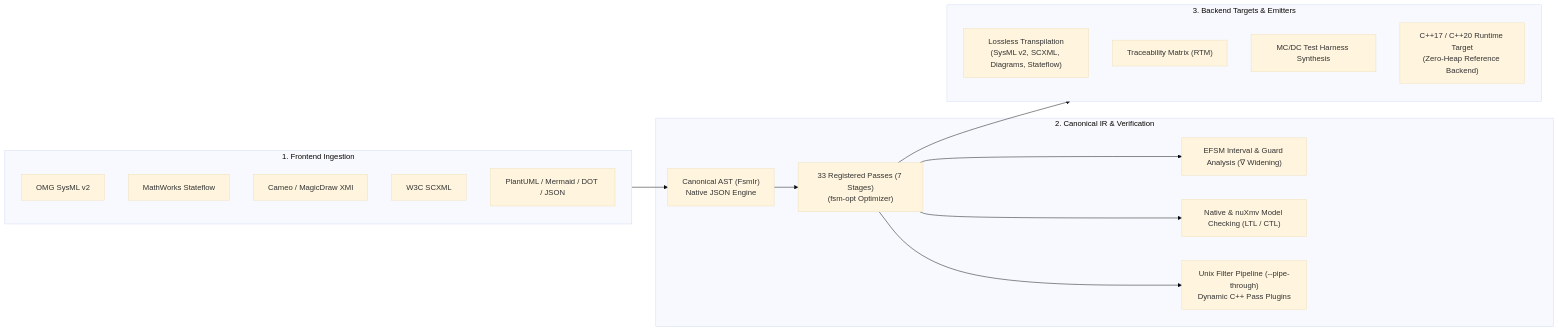
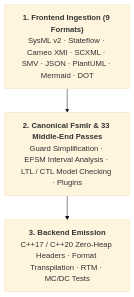
Before and after one commit to simoneCavalleri/fsmc: the diagram in docs/index.md, drawn with Mermaid (base theme). The commit also changed other lines of this file and 2 other files, not shown here.

````diff
--- a/docs/index.md
+++ b/docs/index.md
@@ -11,32 +63,8 @@
 ```mermaid
-flowchart LR
-    subgraph Frontend["1. Frontend Ingestion"]
-        SysML["OMG SysML v2"]
-        Stateflow["MathWorks Stateflow"]
-        XMI["Cameo / MagicDraw XMI"]
-        SCXML["W3C SCXML"]
-        Diagrams["PlantUML / Mermaid / DOT / JSON"]
-    end
+flowchart TB
+    Frontend["<b>1. Frontend Ingestion (9 Formats)</b><br/>SysML v2 · Stateflow · Cameo XMI · SCXML · SMV · JSON · PlantUML · Mermaid · DOT"]
+    IR["<b>2. Canonical FsmIr & 33 Middle-End Passes</b><br/>Guard Simplification · EFSM Interval Analysis · LTL / CTL Model Checking · Plugins"]
+    Backend["<b>3. Backend Emission</b><br/>C++17 / C++20 Zero-Heap Headers · Format Transpilation · RTM · MC/DC Tests"]
 
-    subgraph MiddleEnd["2. Canonical IR & Verification"]
-        IR["Canonical AST (FsmIr)<br/>Native JSON Engine"]
-        Passes["33 Registered Passes (7 Stages)<br/>(fsm-opt Optimizer)"]
-        SMT["EFSM Interval & Guard Analysis (∇ Widening)"]
-        MC["Native & nuXmv Model Checking (LTL / CTL)"]
-        Pipe["Unix Filter Pipeline (--pipe-through)<br/>Dynamic C++ Pass Plugins"]
-    end
-
-    subgraph Backend["3. Backend Targets & Emitters"]
-        Transpile["Lossless Transpilation<br/>(SysML v2, SCXML, Diagrams, Stateflow)"]
-        RTM["Traceability Matrix (RTM)"]
-        MCDC["MC/DC Test Harness Synthesis"]
-        CppGen["C++17 / C++20 Runtime Target<br/>(Zero-Heap Reference Backend)"]
-    end
-
-    Frontend --> IR
-    IR --> Passes
-    Passes --> SMT
-    Passes --> MC
-    Passes --> Pipe
-    Passes --> Backend
+    Frontend --> IR --> Backend
 ```
````
